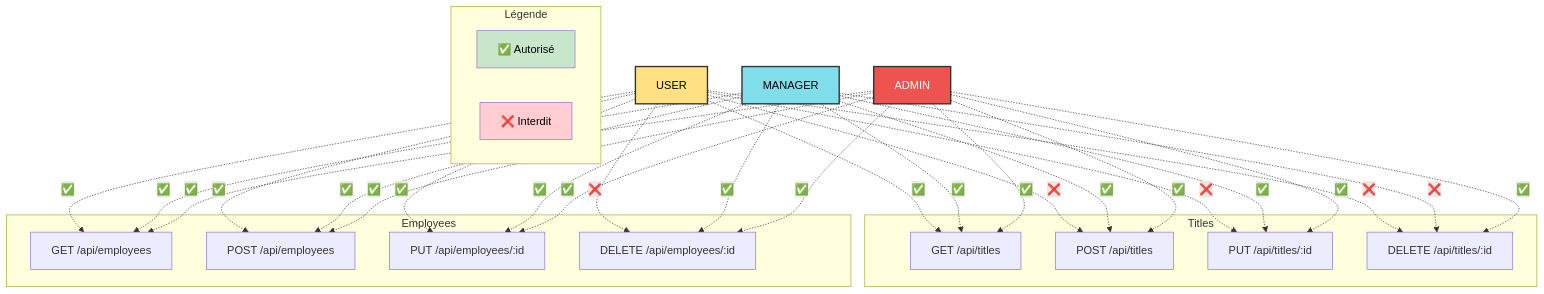
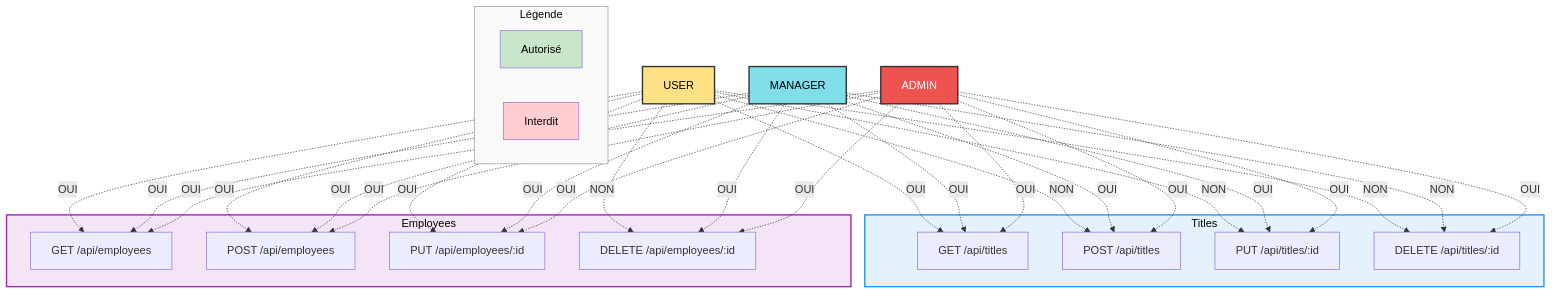
One commit to inskillflow/ASPNETCORE-WEB-API-XtraWork-PART-2-INTEGRER-INTERFACES-1 changed the eighth of 9 diagrams in XtraWork/15-GUIDE_TEST_SWAGGER_PAR_ROLE.md. Above: the diagram before and after it, drawn with Mermaid. The commit also changed other lines of this file, not shown here.

Commit message:
docs: rename & add XtraWork guides; ignore VS/bin/obj

````diff
--- a/XtraWork/15-GUIDE_TEST_SWAGGER_PAR_ROLE.md
+++ b/XtraWork/15-GUIDE_TEST_SWAGGER_PAR_ROLE.md
@@ -1145,54 +1145,57 @@
 ```mermaid
 graph TB
-    subgraph Légende
-        OK[✅ Autorisé]
-        NOK[❌ Interdit]
+    subgraph Legend[Légende]
+        OK[Autorisé]
+        NOK[Interdit]
     end
     
-    subgraph Titles
-        T1[GET /api/titles]
-        T2[POST /api/titles]
-        T3[PUT /api/titles/:id]
-        T4[DELETE /api/titles/:id]
+    subgraph Titles[Titles]
+        TGet[GET /api/titles]
+        TPost[POST /api/titles]
+        TPut[PUT /api/titles/:id]
+        TDel[DELETE /api/titles/:id]
     end
     
-    subgraph Employees
-        E1[GET /api/employees]
-        E2[POST /api/employees]
-        E3[PUT /api/employees/:id]
-        E4[DELETE /api/employees/:id]
+    subgraph Employees[Employees]
+        EGet[GET /api/employees]
+        EPost[POST /api/employees]
+        EPut[PUT /api/employees/:id]
+        EDel[DELETE /api/employees/:id]
     end
     
-    U[USER] -.->|✅| T1
-    U -.->|❌| T2
-    U -.->|❌| T3
-    U -.->|❌| T4
-    U -.->|✅| E1
-    U -.->|✅| E2
-    U -.->|✅| E3
-    U -.->|❌| E4
+    UserRole[USER] -.->|OUI| TGet
+    UserRole -.->|NON| TPost
+    UserRole -.->|NON| TPut
+    UserRole -.->|NON| TDel
+    UserRole -.->|OUI| EGet
+    UserRole -.->|OUI| EPost
+    UserRole -.->|OUI| EPut
+    UserRole -.->|NON| EDel
     
-    M[MANAGER] -.->|✅| T1
-    M -.->|✅| T2
-    M -.->|✅| T3
-    M -.->|❌| T4
-    M -.->|✅| E1
-    M -.->|✅| E2
-    M -.->|✅| E3
-    M -.->|✅| E4
+    ManagerRole[MANAGER] -.->|OUI| TGet
+    ManagerRole -.->|OUI| TPost
+    ManagerRole -.->|OUI| TPut
+    ManagerRole -.->|NON| TDel
+    ManagerRole -.->|OUI| EGet
+    ManagerRole -.->|OUI| EPost
+    ManagerRole -.->|OUI| EPut
+    ManagerRole -.->|OUI| EDel
     
-    A[ADMIN] -.->|✅| T1
-    A -.->|✅| T2
-    A -.->|✅| T3
-    A -.->|✅| T4
-    A -.->|✅| E1
-    A -.->|✅| E2
-    A -.->|✅| E3
-    A -.->|✅| E4
+    AdminRole[ADMIN] -.->|OUI| TGet
+    AdminRole -.->|OUI| TPost
+    AdminRole -.->|OUI| TPut
+    AdminRole -.->|OUI| TDel
+    AdminRole -.->|OUI| EGet
+    AdminRole -.->|OUI| EPost
+    AdminRole -.->|OUI| EPut
+    AdminRole -.->|OUI| EDel
     
-    style U fill:#FFE082,color:#000,stroke:#333,stroke-width:2px
-    style M fill:#80DEEA,color:#000,stroke:#333,stroke-width:2px
-    style A fill:#EF5350,color:#fff,stroke:#333,stroke-width:2px
+    style UserRole fill:#FFE082,color:#000,stroke:#333,stroke-width:2px
+    style ManagerRole fill:#80DEEA,color:#000,stroke:#333,stroke-width:2px
+    style AdminRole fill:#EF5350,color:#fff,stroke:#333,stroke-width:2px
     style OK fill:#C8E6C9,color:#000
     style NOK fill:#FFCDD2,color:#000
+    style Legend fill:#f9f9f9,color:#000,stroke:#999,stroke-width:1px
+    style Titles fill:#E3F2FD,color:#000,stroke:#2196F3,stroke-width:2px
+    style Employees fill:#F3E5F5,color:#000,stroke:#9C27B0,stroke-width:2px
 ```
````
